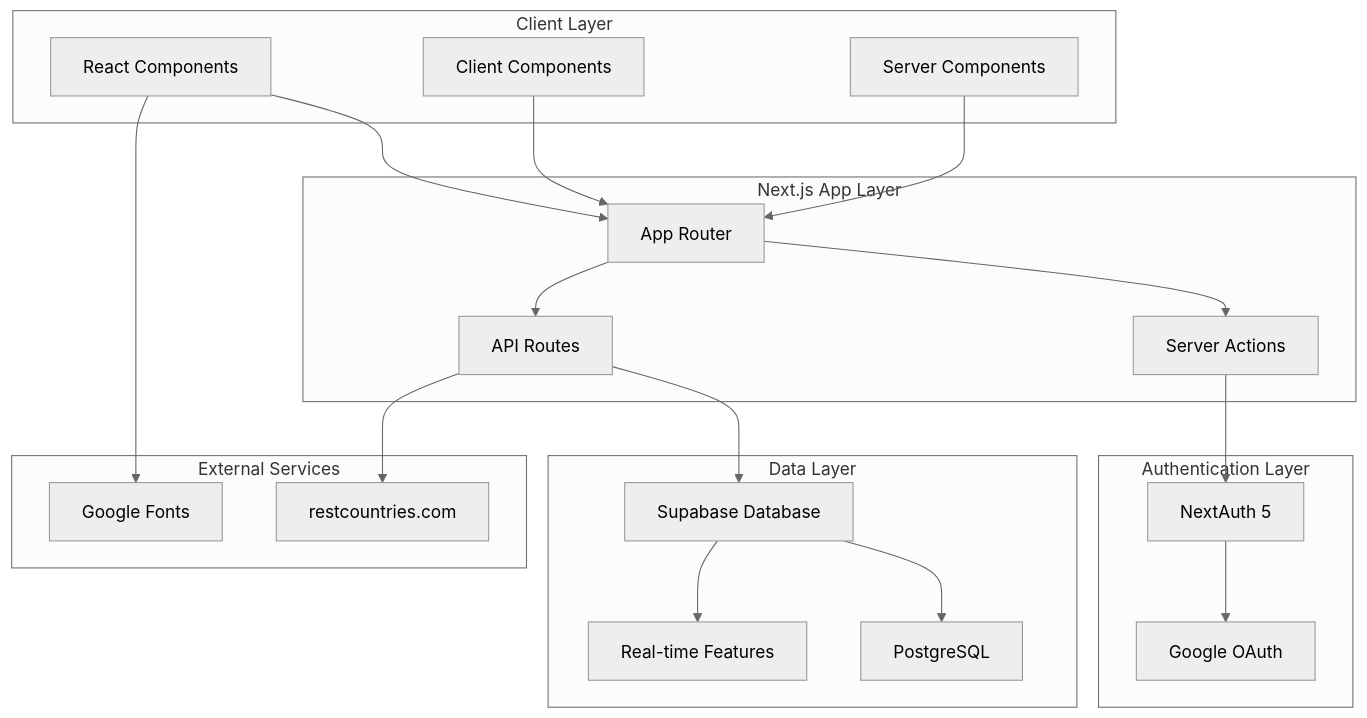
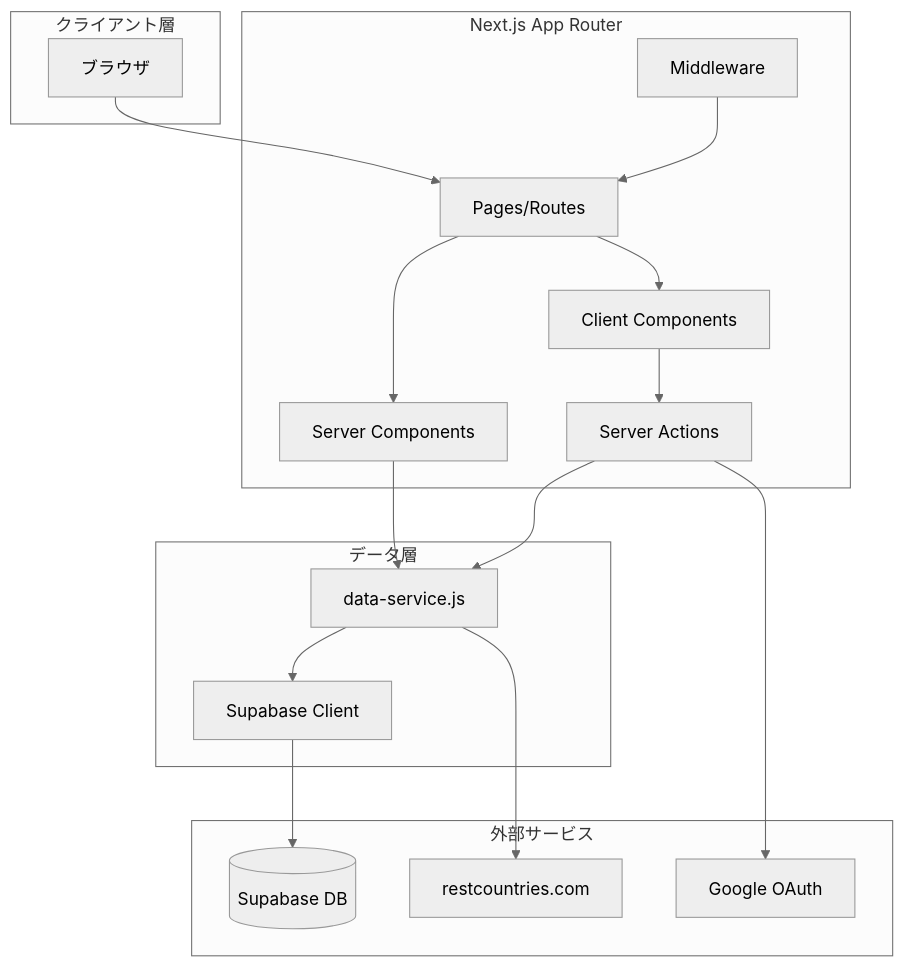
One commit to myoshi2891/MasterModernReact_NextJs changed the first of 12 diagrams in README.md. Above: the diagram before and after it, drawn with Mermaid (neutral theme). The commit also changed other lines of this file, not shown here.

````diff
--- a/README.md
+++ b/README.md
@@ -31,43 +81,37 @@
 ```mermaid
 graph TB
-    subgraph "Client Layer"
-        A[React Components]
-        B[Client Components]
-        C[Server Components]
+    subgraph "クライアント層"
+        Browser[ブラウザ]
     end
     
-    subgraph "Next.js App Layer"
-        D[App Router]
-        E[Server Actions]
-        F[API Routes]
+    subgraph "Next.js App Router"
+        Pages[Pages/Routes]
+        ServerComponents[Server Components]
+        ClientComponents[Client Components]
+        ServerActions[Server Actions]
+        Middleware[Middleware]
     end
     
-    subgraph "Authentication Layer"
-        G[NextAuth 5]
-        H[Google OAuth]
+    subgraph "データ層"
+        DataService[data-service.js]
+        SupabaseClient[Supabase Client]
     end
     
-    subgraph "Data Layer"
-        I[Supabase Database]
-        J[PostgreSQL]
-        K[Real-time Features]
+    subgraph "外部サービス"
+        Supabase[(Supabase DB)]
+        GoogleOAuth[Google OAuth]
+        CountriesAPI[restcountries.com]
     end
     
-    subgraph "External Services"
-        L[restcountries.com]
-        M[Google Fonts]
-    end
-    
-    A --> D
-    B --> D
-    C --> D
-    D --> E
-    D --> F
-    E --> G
-    G --> H
-    F --> I
-    I --> J
-    I --> K
-    F --> L
-    A --> M
+    Browser --> Pages
+    Pages --> ServerComponents
+    Pages --> ClientComponents
+    ClientComponents --> ServerActions
+    Middleware --> Pages
+    ServerActions --> DataService
+    ServerComponents --> DataService
+    DataService --> SupabaseClient
+    SupabaseClient --> Supabase
+    ServerActions --> GoogleOAuth
+    DataService --> CountriesAPI
 ```
````
